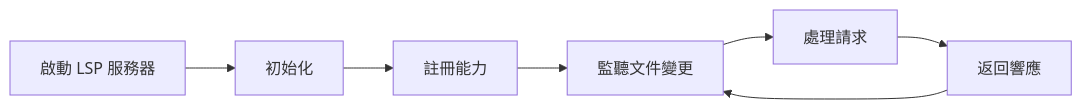
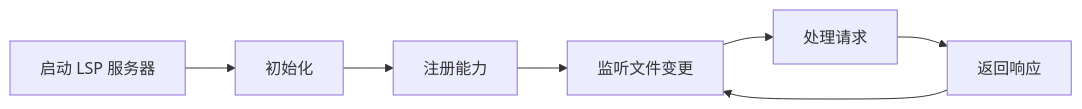
One commit to gogojaja/DevProjectTeamSkill changed the first of 2 diagrams in .trae/skills/dev-project-team-skill/skills/lsp-ast-integration/SKILL.md. Above: the diagram before and after it, drawn with Mermaid. The commit also changed other lines of this file and 69 other files, not shown here.

````diff
--- a/.trae/skills/dev-project-team-skill/skills/lsp-ast-integration/SKILL.md
+++ b/.trae/skills/dev-project-team-skill/skills/lsp-ast-integration/SKILL.md
@@ -52,9 +54,9 @@
 ```mermaid
 graph LR
-  A[啟動 LSP 服務器] --> B[初始化]
-  B --> C[註冊能力]
-  C --> D[監聽文件變更]
-  D --> E[處理請求]
-  E --> F[返回響應]
+  A[启动 LSP 服务器] --> B[初始化]
+  B --> C[注册能力]
+  C --> D[监听文件变更]
+  D --> E[处理请求]
+  E --> F[返回响应]
   F --> D
 ```
````
